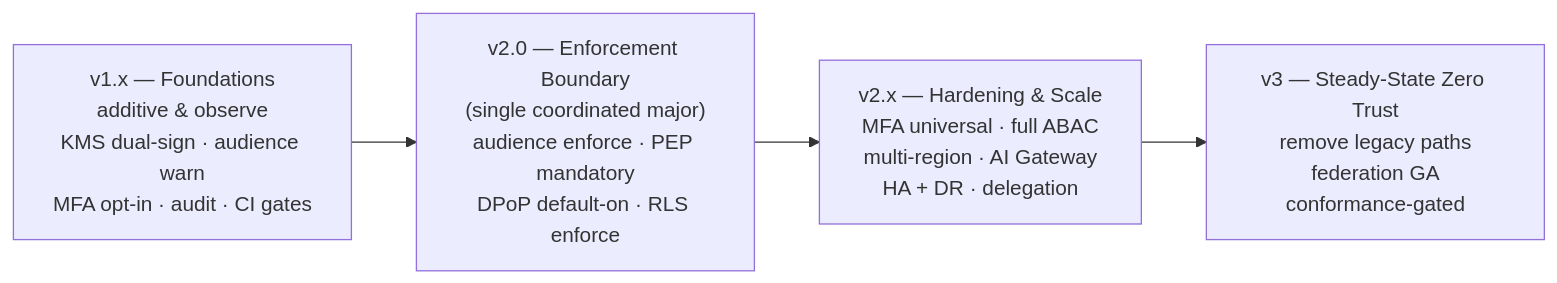
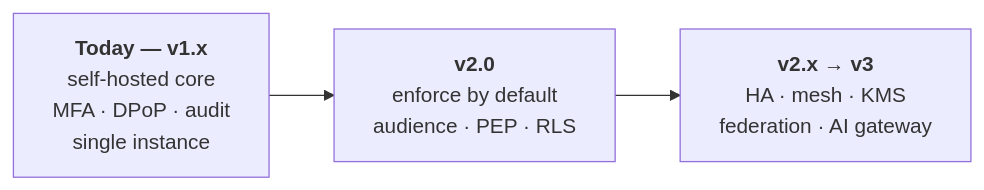
Before and after one commit to ovander/go-oauth2: the third of 3 diagrams in README.md, drawn with Mermaid. The commit also changed other lines of this file, not shown here.

````diff
--- a/README.md
+++ b/README.md
@@ -416,8 +260,7 @@
 ```mermaid
 flowchart LR
-    v1["v1.x — Foundations<br/>additive & observe<br/>KMS dual-sign · audience warn<br/>MFA opt-in · audit · CI gates"]
-    v20["v2.0 — Enforcement Boundary<br/>(single coordinated major)<br/>audience enforce · PEP mandatory<br/>DPoP default-on · RLS enforce"]
-    v2x["v2.x — Hardening & Scale<br/>MFA universal · full ABAC<br/>multi-region · AI Gateway<br/>HA + DR · delegation"]
-    v3["v3 — Steady-State Zero Trust<br/>remove legacy paths<br/>federation GA<br/>conformance-gated"]
-    v1 --> v20 --> v2x --> v3
+    A["<b>Today — v1.x</b><br/>self-hosted core<br/>MFA · DPoP · audit<br/>single instance"]
+    B["<b>v2.0</b><br/>enforce by default<br/>audience · PEP · RLS"]
+    C["<b>v2.x → v3</b><br/>HA · mesh · KMS<br/>federation · AI gateway"]
+    A --> B --> C
 ```
````
